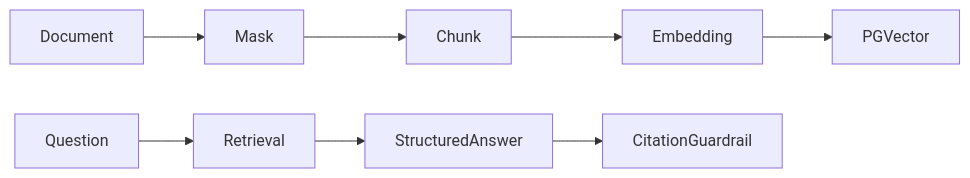
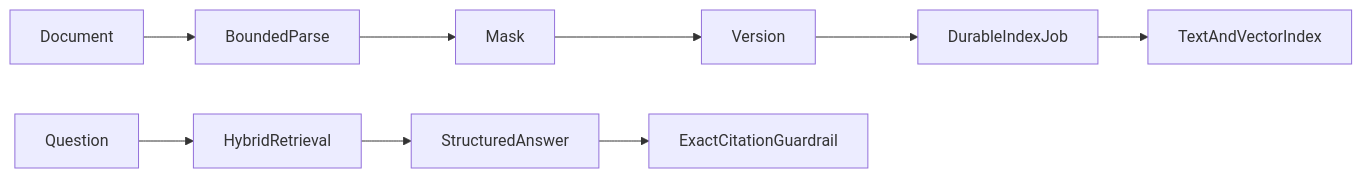
One commit to qcodingdev/spring-ai-business-copilot changed the diagram in modules/knowledge-copilot/README.md. Above: the diagram before and after it, drawn with Mermaid. The commit also changed other lines of this file and 281 other files, not shown here.

````diff
--- a/modules/knowledge-copilot/README.md
+++ b/modules/knowledge-copilot/README.md
@@ -7,5 +7,5 @@
 ```mermaid
 flowchart LR
-    Document --> Mask --> Chunk --> Embedding --> PGVector
-    Question --> Retrieval --> StructuredAnswer --> CitationGuardrail
+    Document --> BoundedParse --> Mask --> Version --> DurableIndexJob --> TextAndVectorIndex
+    Question --> HybridRetrieval --> StructuredAnswer --> ExactCitationGuardrail
 ```
````
